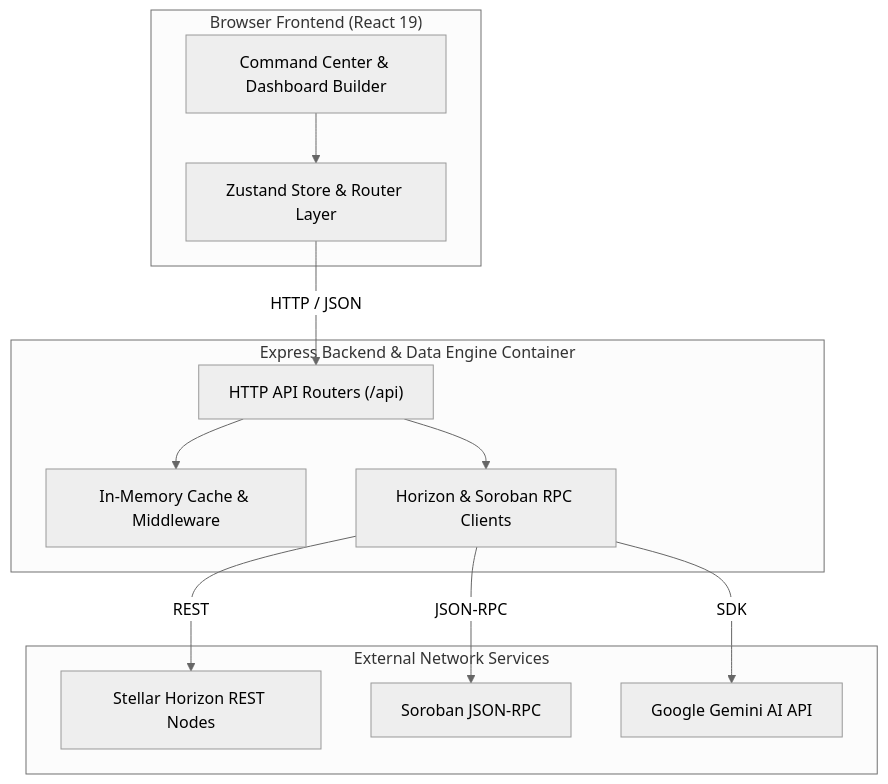
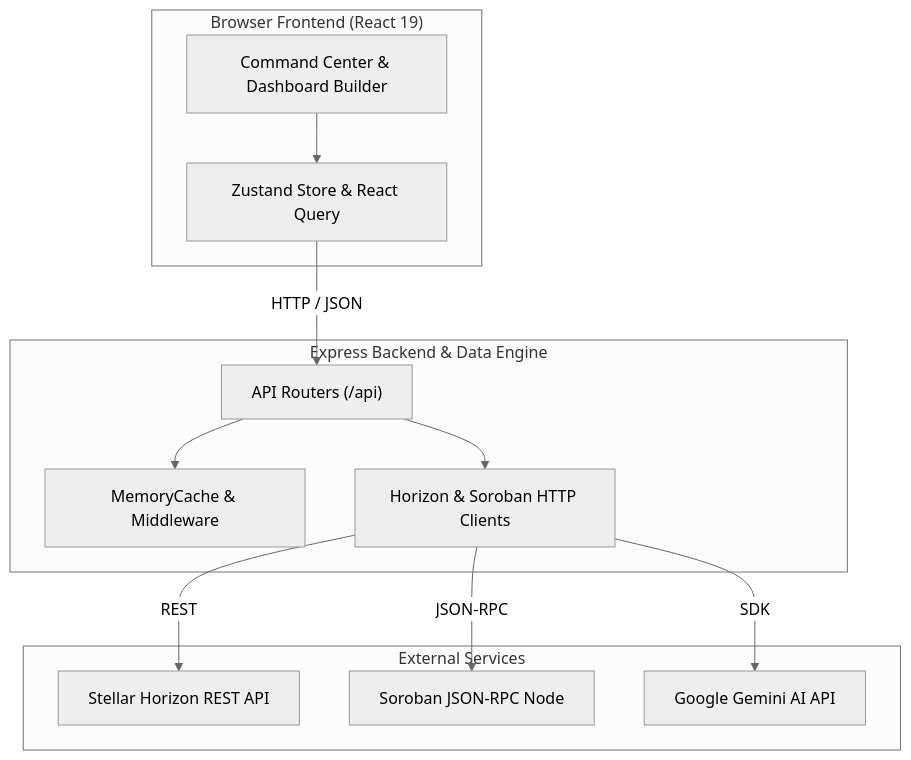
The diagram in README.md (AnnieIj/nolyvatix), drawn with Mermaid (neutral theme) before and after one commit. The commit also changed other lines of this file, not shown here.

````diff
--- a/README.md
+++ b/README.md
@@ -38,27 +45,27 @@
 ```mermaid
 flowchart TD
     subgraph Client["Browser Frontend (React 19)"]
         UI["Command Center & Dashboard Builder"]
-        Store["Zustand Store & Router Layer"]
+        Store["Zustand Store & React Query"]
         UI --> Store
     end
 
-    subgraph Backend["Express Backend & Data Engine Container"]
-        API["HTTP API Routers (/api)"]
-        Cache["In-Memory Cache & Middleware"]
-        Clients["Horizon & Soroban RPC Clients"]
+    subgraph Backend["Express Backend & Data Engine"]
+        API["API Routers (/api)"]
+        Cache["MemoryCache & Middleware"]
+        Clients["Horizon & Soroban HTTP Clients"]
         API --> Cache
         API --> Clients
     end
 
-    subgraph External["External Network Services"]
-        Horizon["Stellar Horizon REST Nodes"]
-        Soroban["Soroban JSON-RPC"]
+    subgraph External["External Services"]
+        Horizon["Stellar Horizon REST API"]
+        Soroban["Soroban JSON-RPC Node"]
         Gemini["Google Gemini AI API"]
     end
 
     Store -->|HTTP / JSON| API
     Clients -->|REST| Horizon
     Clients -->|JSON-RPC| Soroban
     Clients -->|SDK| Gemini
 ```
````
